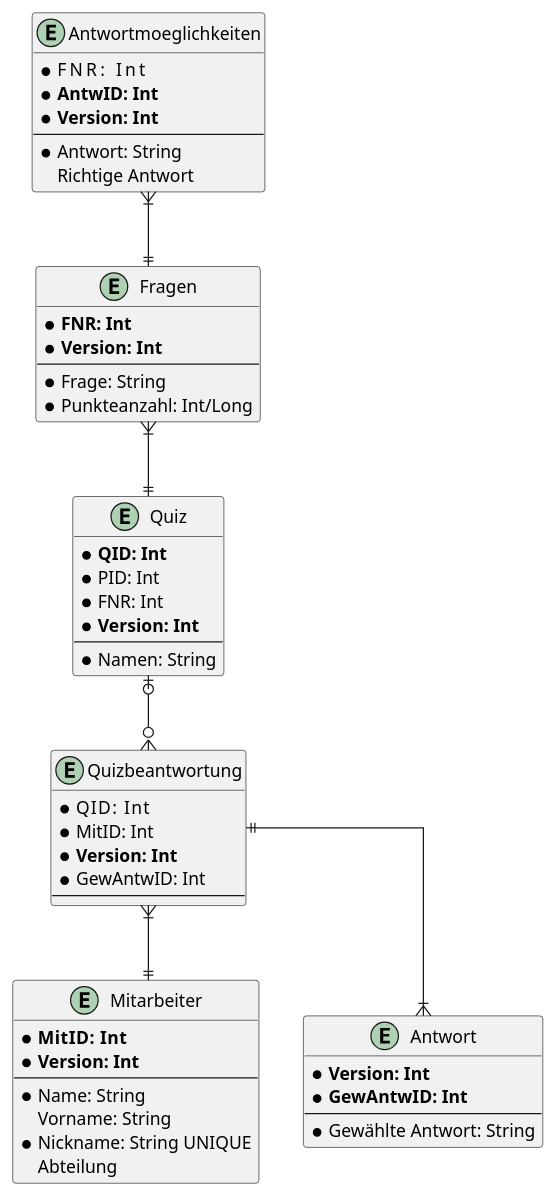
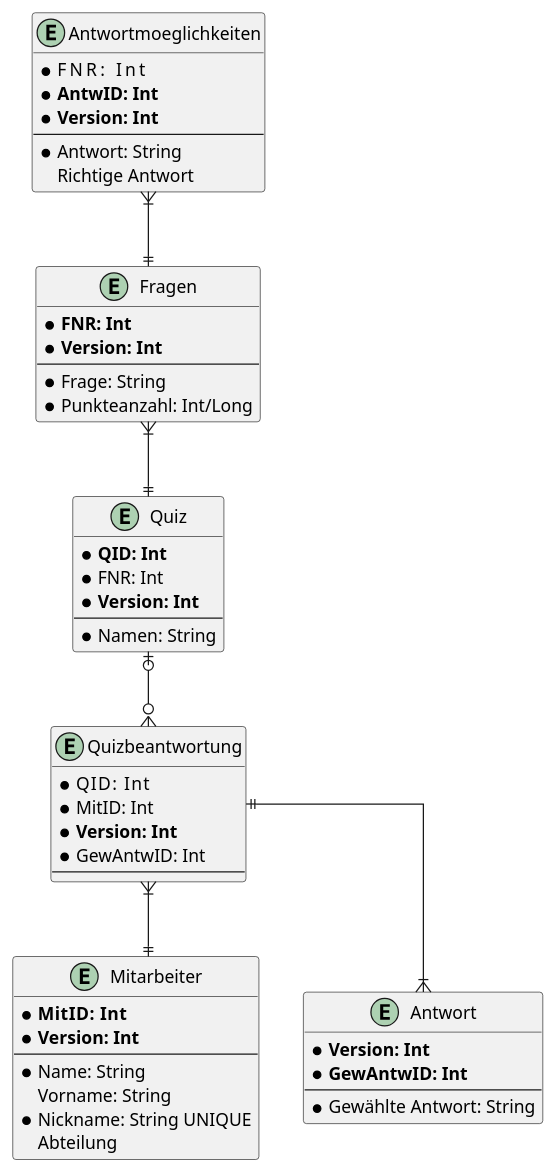
One commit to game-admin/game changed the diagram in documentation/diagrams/ER-Modell.adoc. Above: the diagram before and after it, drawn with PlantUML. The commit also changed 1 other file, not shown here.

Commit message:
ER-Modell PointID from Quiz deleted

```diff
--- a/documentation/diagrams/ER-Modell.adoc
+++ b/documentation/diagrams/ER-Modell.adoc
@@ -1,71 +1,70 @@
 [plantuml, diagram-classes, png]     
 ....
 ' avoid problems with angled crows feet
 skinparam linetype ortho
 
 
 together {
 
     entity Quiz {
         * **QID: Int**
-        * PID: Int
         * FNR: Int
         * **Version: Int**
         --
         * Namen: String
     }
     
     entity Quizbeantwortung {
         * QID:   Int
         * MitID: Int
         * **Version: Int**
         * GewAntwID: Int
         --
     }
     
     entity Mitarbeiter {
         * **MitID:  Int**
         * **Version: Int**
         --
         * Name: String
         Vorname: String
         * Nickname: String UNIQUE
         Abteilung
     }
     
 }
 
 entity Fragen {
     * **FNR: Int**
     * **Version: Int**
     --
     * Frage: String
     * Punkteanzahl: Int/Long
 }
 
 entity Antwortmoeglichkeiten {
     * FNR:      Int
     * **AntwID: Int**
     * **Version: Int**
     --
     * Antwort: String
     Richtige Antwort
 }
 
 entity Antwort {
     * **Version: Int**
     * **GewAntwID: Int**
     --
     * Gewählte Antwort: String
 }
 
 
 
 
 
 Antwortmoeglichkeiten}|--||Fragen
 Fragen}|--||Quiz
 Quiz|o--o{Quizbeantwortung
 Quizbeantwortung}|--||Mitarbeiter
 Quizbeantwortung||--|{Antwort
 ....
```
